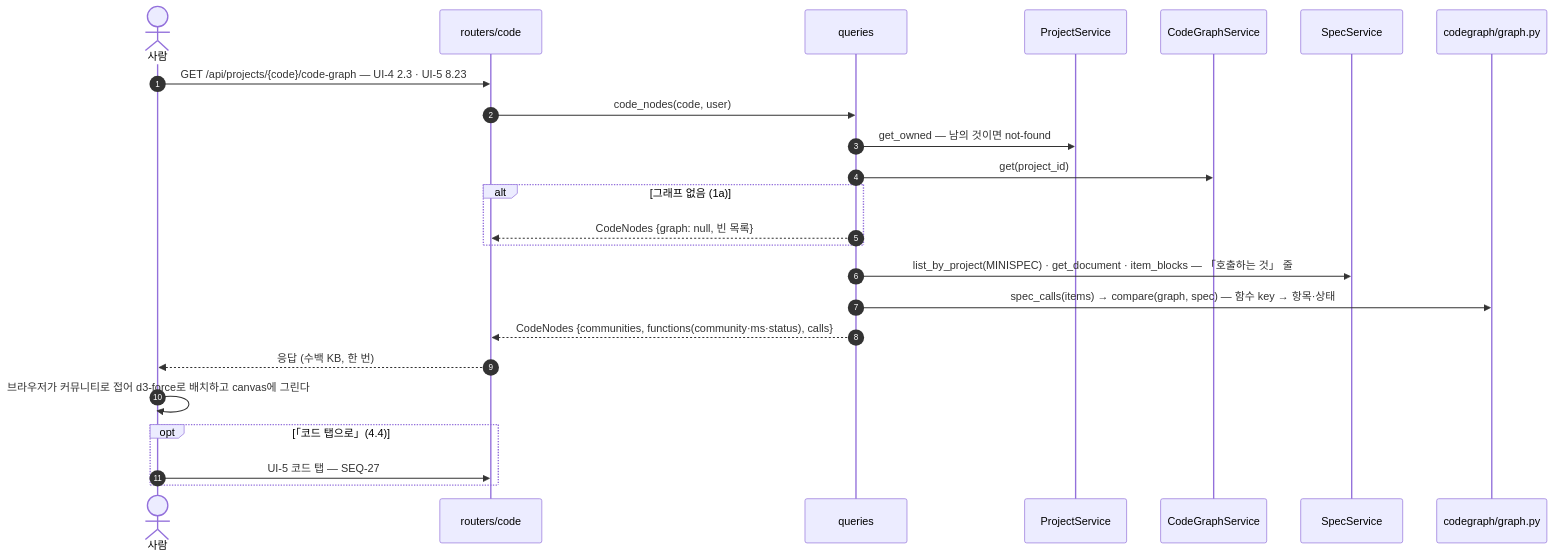
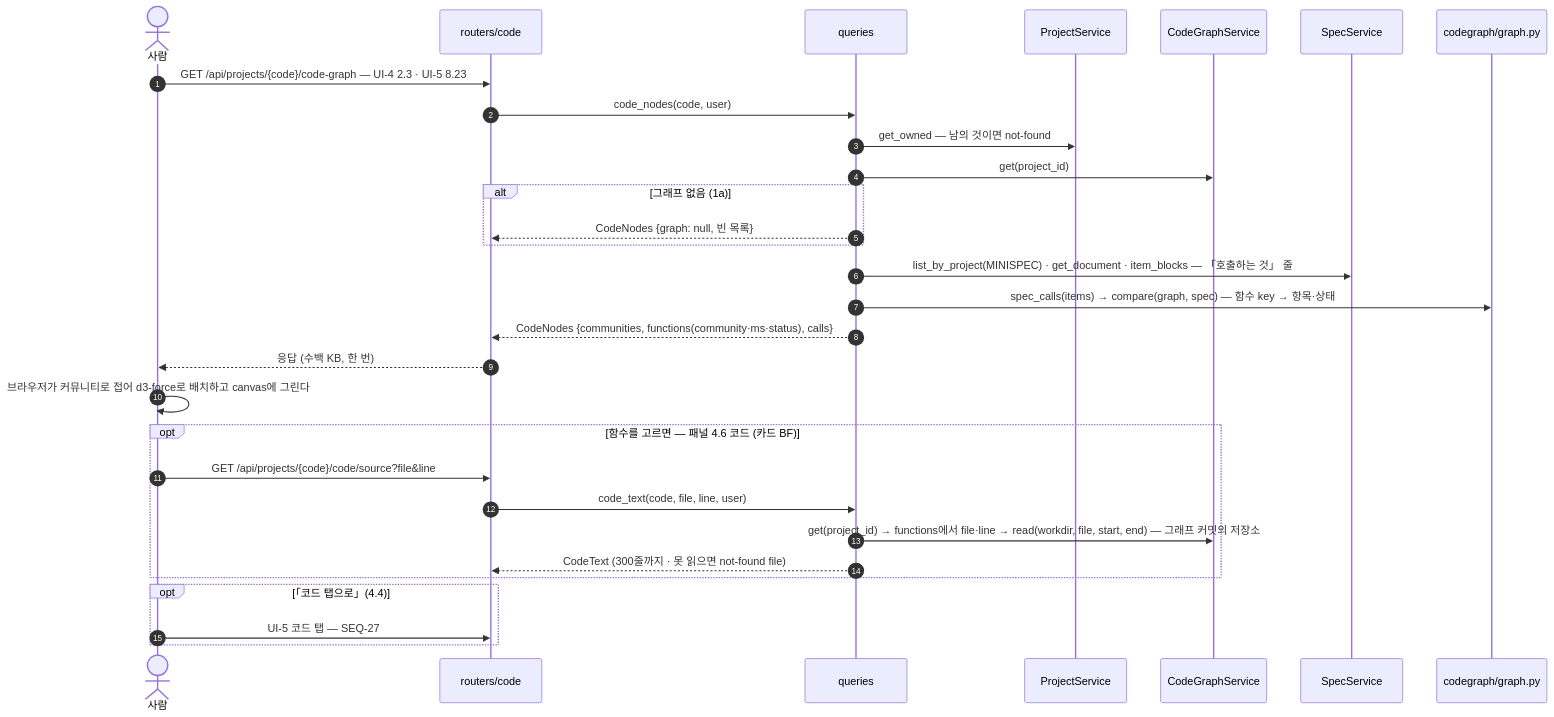
Diagram 27 of 30 in docs/specs/09-SEQ/SYNC-SEQ-001.md (HoyoungParkme/syncdoc), drawn with Mermaid before and after one commit. The commit also changed other lines of this file, not shown here.

Commit message:
spec(SYNC-SEQ-001): SEQ-31 — 함수를 고르면 code/source, 엔드포인트 35 (카드 BF)

````diff
--- a/docs/specs/09-SEQ/SYNC-SEQ-001.md
+++ b/docs/specs/09-SEQ/SYNC-SEQ-001.md
@@ -1342,27 +1343,33 @@
 ```mermaid
 sequenceDiagram
     autonumber
     actor U as 사람
     participant RC as routers/code
     participant Q as queries
     participant PS as ProjectService
     participant CS as CodeGraphService
     participant S as SpecService
     participant CG as codegraph/graph.py
 
     U->>RC: GET /api/projects/{code}/code-graph — UI-4 2.3 · UI-5 8.23
     RC->>Q: code_nodes(code, user)
     Q->>PS: get_owned — 남의 것이면 not-found
     Q->>CS: get(project_id)
     alt 그래프 없음 (1a)
         Q-->>RC: CodeNodes {graph: null, 빈 목록}
     end
     Q->>S: list_by_project(MINISPEC) · get_document · item_blocks — 「호출하는 것」 줄
     Q->>CG: spec_calls(items) → compare(graph, spec) — 함수 key → 항목·상태
     Q-->>RC: CodeNodes {communities, functions(community·ms·status), calls}
     RC-->>U: 응답 (수백 KB, 한 번)
     U->>U: 브라우저가 커뮤니티로 접어 d3-force로 배치하고 canvas에 그린다
+    opt 함수를 고르면 — 패널 4.6 코드 (카드 BF)
+        U->>RC: GET /api/projects/{code}/code/source?file&line
+        RC->>Q: code_text(code, file, line, user)
+        Q->>CS: get(project_id) → functions에서 file·line → read(workdir, file, start, end) — 그래프 커밋의 저장소
+        Q-->>RC: CodeText (300줄까지 · 못 읽으면 not-found file)
+    end
     opt 「코드 탭으로」(4.4)
         U->>RC: UI-5 코드 탭 — SEQ-27
     end
 ```
````
